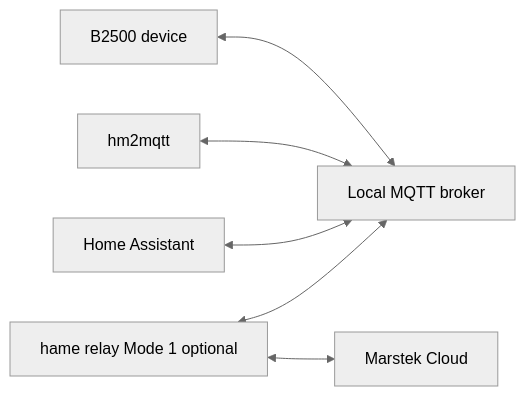
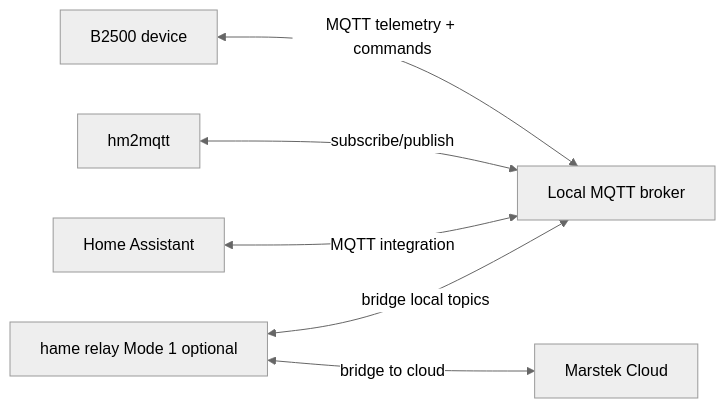
One commit to tomquist/hm2mqtt changed the first of 2 diagrams in README.md. Above: the diagram before and after it, drawn with Mermaid (neutral theme). The commit also changed other lines of this file, not shown here.

Commit message:
docs: add edge labels to setup flow diagrams

````diff
--- a/README.md
+++ b/README.md
@@ -37,8 +37,8 @@
 ```mermaid
 flowchart LR
-    B2500[B2500 device] <--> Broker[Local MQTT broker]
-    HM2MQTT[hm2mqtt] <--> Broker
-    HA[Home Assistant] <--> Broker
-    Relay[hame relay Mode 1 optional] <--> Broker
-    Relay <--> Cloud[Marstek Cloud]
+    B2500[B2500 device] <-->|MQTT telemetry + commands| Broker[Local MQTT broker]
+    HM2MQTT[hm2mqtt] <-->|subscribe/publish| Broker
+    HA[Home Assistant] <-->|MQTT integration| Broker
+    Relay[hame relay Mode 1 optional] <-->|bridge local topics| Broker
+    Relay <-->|bridge to cloud| Cloud[Marstek Cloud]
 ```
````
